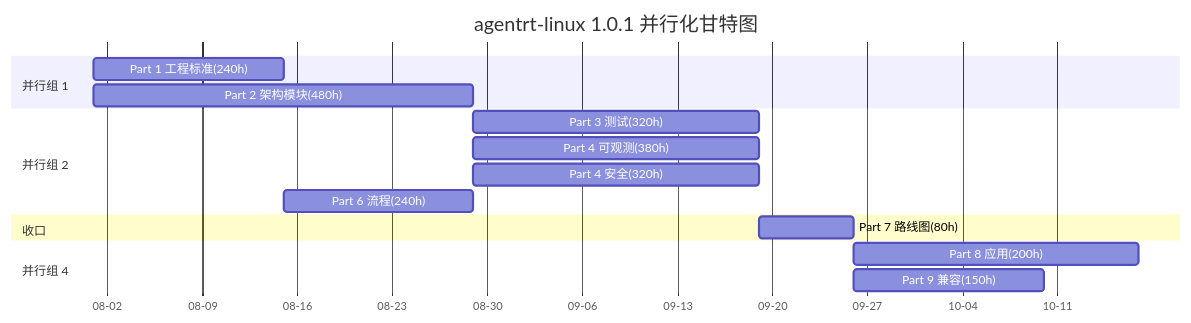
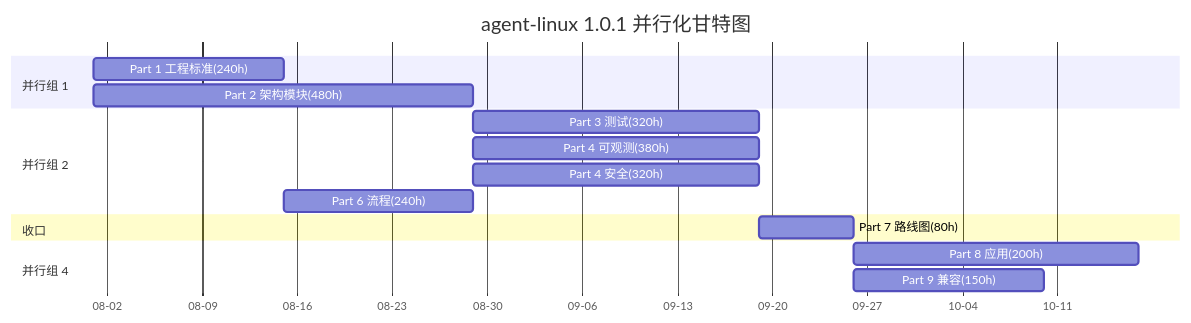
One commit to openairymax/docs-linux changed the fourth of 5 diagrams in 130-roadmap/04-dependency-graph.md. Above: the diagram before and after it, drawn with Mermaid. The commit also changed other lines of this file and 172 other files, not shown here.

Commit message:
docs: rename agentrt-linux to agent-linux across docs v0.1.3 双工程结构：agentrt-linux 改名 agent-linux。docs 全仓 186 个 文件中的 agentrt-linux 引用统一为 agent-linux（AirymaxOS 工程名/ URL/路径引用；commit hash 与历史不变）。

````diff
--- a/130-roadmap/04-dependency-graph.md
+++ b/130-roadmap/04-dependency-graph.md
@@ -228,19 +228,19 @@
 ```mermaid
 gantt
-    title agentrt-linux 1.0.1 并行化甘特图
+    title agent-linux 1.0.1 并行化甘特图
     dateFormat  YYYY-MM-DD
     axisFormat  %m-%d
     section 并行组 1
     Part 1 工程标准(240h) :p1, 2026-08-01, 14d
     Part 2 架构模块(480h) :p2, 2026-08-01, 28d
     section 并行组 2
     Part 3 测试(320h)     :p3, after p2, 21d
     Part 4 可观测(380h)   :p4, after p2, 21d
     Part 4 安全(320h)     :p5, after p2, 21d
     Part 6 流程(240h)    :p6, after p1, 14d
     section 收口
     Part 7 路线图(80h)    :p7, after p3, 7d
     section 并行组 4
     Part 8 应用(200h)     :p8, after p7, 21d
     Part 9 兼容(150h)     :p9, after p7, 14d
 ```
````
